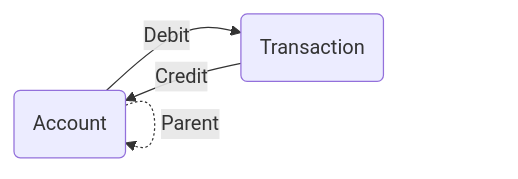
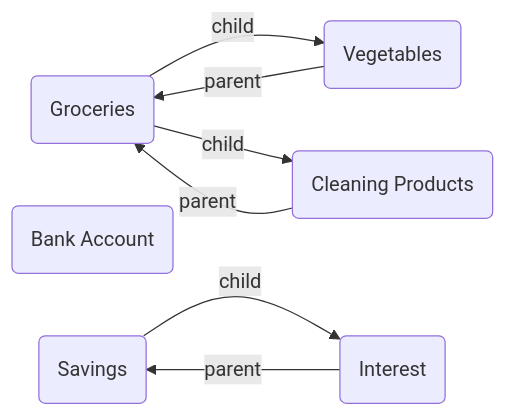
Before and after one commit to NordGus/financo: the second of 2 diagrams in docs/design/Accounts and Transactions/Abstract.md, drawn with Mermaid. The commit also changed other lines of this file, not shown here.

````diff
--- a/docs/design/Accounts and Transactions/Abstract.md
+++ b/docs/design/Accounts and Transactions/Abstract.md
@@ -18,7 +45,10 @@
 ```mermaid
-  graph LR;
-  A1(Account)-. Child .->A1
-  A1-. Parent .->A1
-  A1-- Debit -->T1(Transaction)
-  T1-- Credit -->A1
+  graph LR
+  A1(Groceries)-- child -->A2(Vegetables)
+  A2-- parent -->A1
+  A1-- child -->A3(Cleaning Products)
+  A3-- parent -->A1
+  A4(Bank Account)
+  A5(Savings)-- child -->A6(Interest)
+  A6-- parent -->A5
 ```
````
